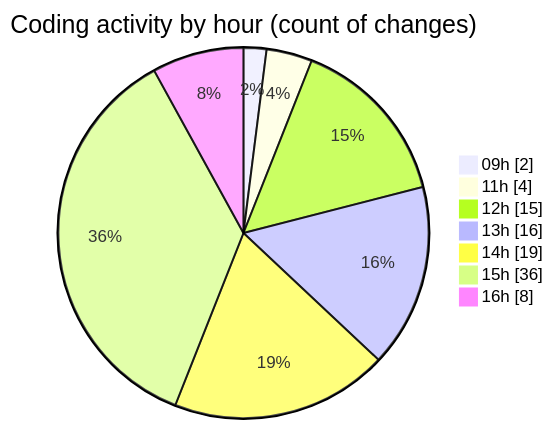
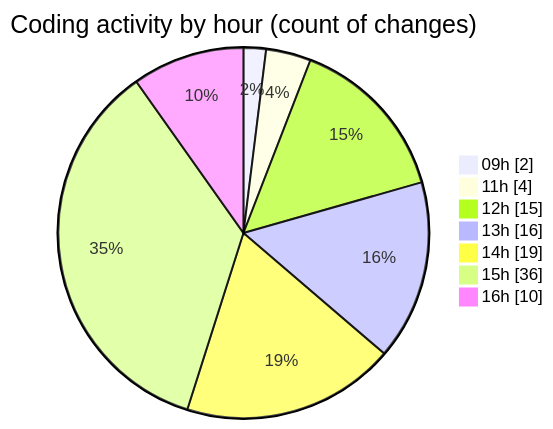
The second of 2 diagrams in 2025-04-30/niten/README.md (Elitesun/code-tracking), drawn with Mermaid before and after one commit. The commit also changed other lines of this file and 1 other file, not shown here.

````diff
--- a/2025-04-30/niten/README.md
+++ b/2025-04-30/niten/README.md
@@ -57,11 +59,11 @@
 ```mermaid
 pie showData
 title Coding activity by hour (count of changes)
 "09h" : 2
 "11h" : 4
 "12h" : 15
 "13h" : 16
 "14h" : 19
 "15h" : 36
-"16h" : 8
+"16h" : 10
 ```
````
